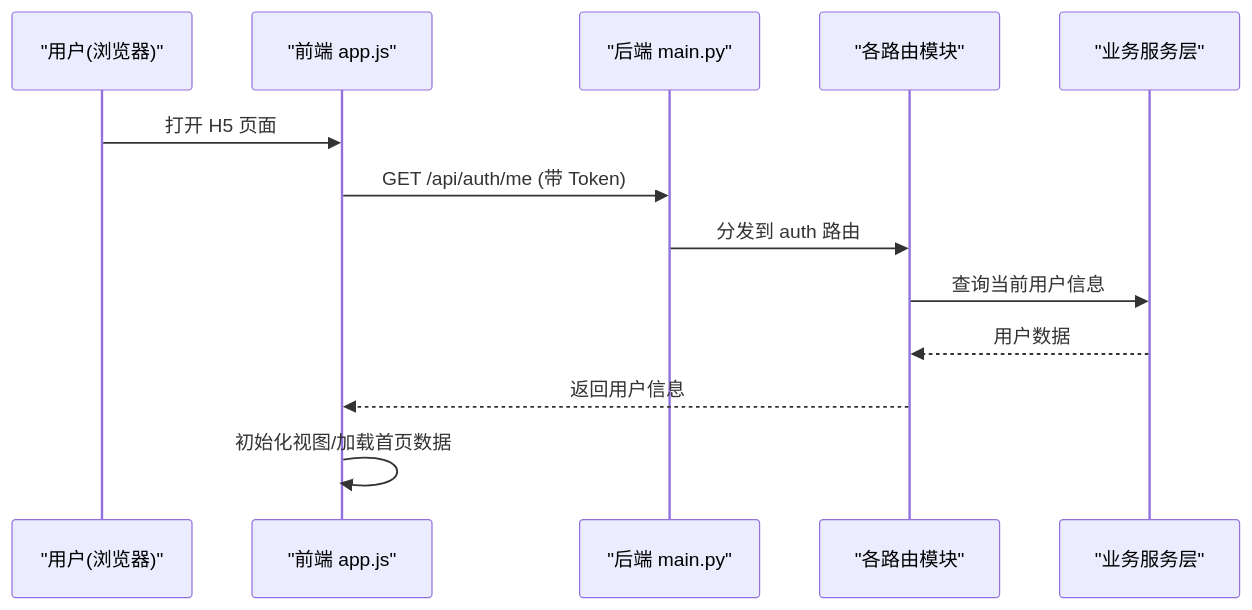
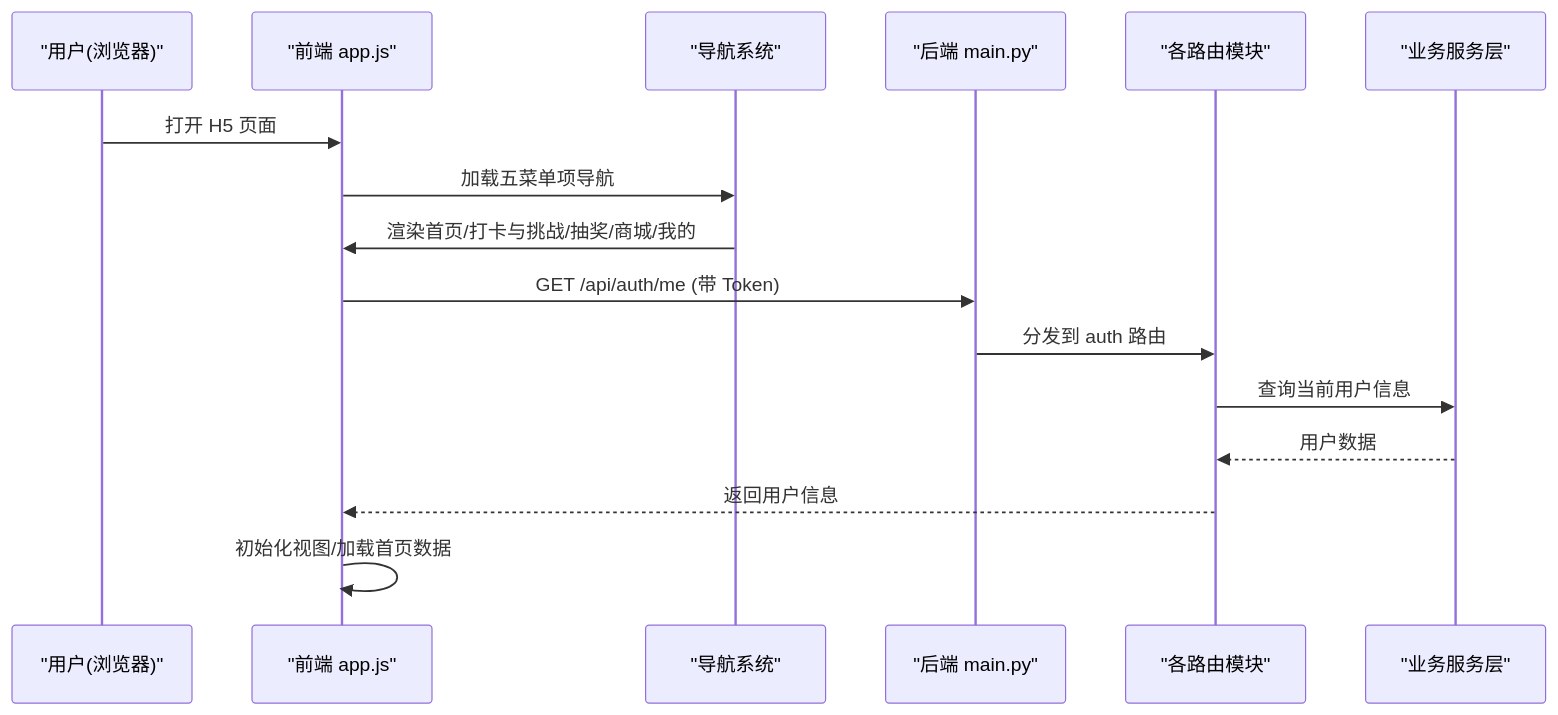
The second of 14 diagrams in .qoder/repowiki/zh/content/暑假作业打卡系统/前端应用设计/学生端应用.md (onebody/homework), drawn with Mermaid before and after one commit. The commit also changed other lines of this file and 4 other files, not shown here.

````diff
--- a/.qoder/repowiki/zh/content/暑假作业打卡系统/前端应用设计/学生端应用.md
+++ b/.qoder/repowiki/zh/content/暑假作业打卡系统/前端应用设计/学生端应用.md
@@ -143,15 +146,18 @@
 ```mermaid
 sequenceDiagram
 participant U as "用户(浏览器)"
 participant FE as "前端 app.js"
+participant NAV as "导航系统"
 participant BE as "后端 main.py"
 participant R as "各路由模块"
 participant S as "业务服务层"
 U->>FE : 打开 H5 页面
+FE->>NAV : 加载五菜单项导航
+NAV->>FE : 渲染首页/打卡与挑战/抽奖/商城/我的
 FE->>BE : GET /api/auth/me (带 Token)
 BE->>R : 分发到 auth 路由
 R->>S : 查询当前用户信息
 S-->>R : 用户数据
 R-->>FE : 返回用户信息
 FE->>FE : 初始化视图/加载首页数据
 ```
````
